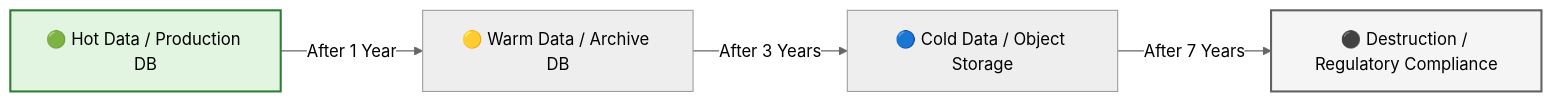
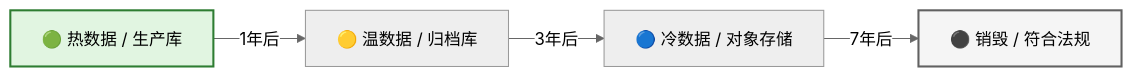
The eighth of 11 diagrams in templates/Product/Technology/Template-DB-Design.md (Kirky-X/cangjie), drawn with Mermaid (neutral theme) before and after one commit. The commit also changed other lines of this file and 33 other files, not shown here.

````diff
--- a/templates/Product/Technology/Template-DB-Design.md
+++ b/templates/Product/Technology/Template-DB-Design.md
@@ -531,9 +531,9 @@
 ```mermaid
 flowchart LR
-    A[🟢 Hot Data / Production DB] -->|After 1 Year| B[🟡 Warm Data / Archive DB]
-    B -->|After 3 Years| C[🔵 Cold Data / Object Storage]
-    C -->|After 7 Years| D[⚫ Destruction / Regulatory Compliance]
+    A[🟢 热数据 / 生产库] -->|1年后| B[🟡 温数据 / 归档库]
+    B -->|3年后| C[🔵 冷数据 / 对象存储]
+    C -->|7年后| D[⚫ 销毁 / 符合法规]
 
     style A fill:#e1f5e1,stroke:#2e7d32,stroke-width:2px
     style D fill:#f5f5f5,stroke:#616161,stroke-width:2px
 ```
````
